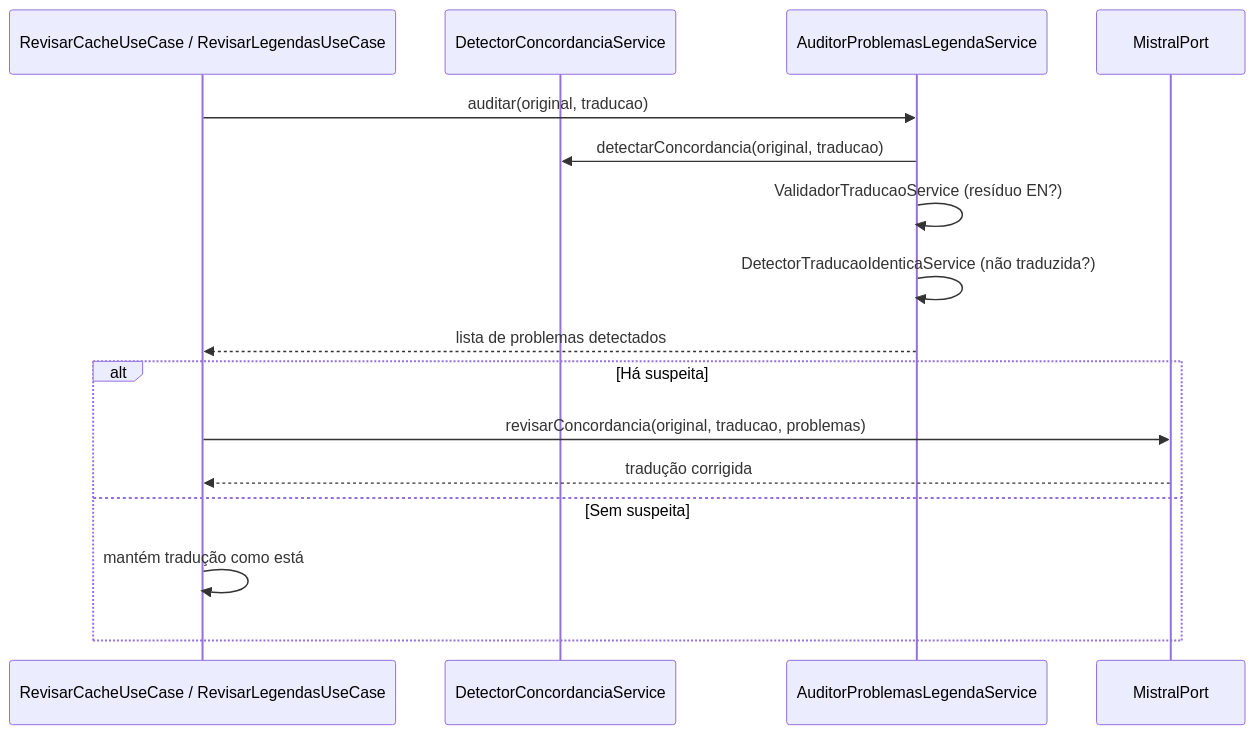
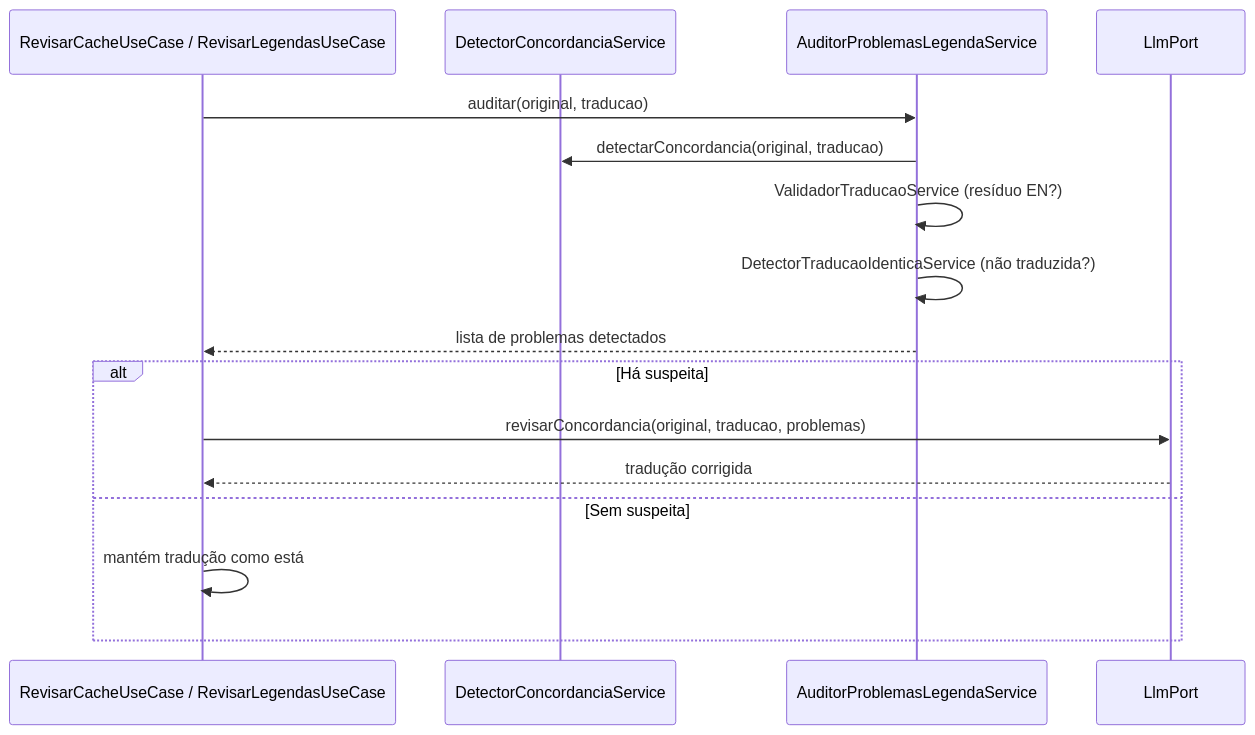
Before and after one commit to carmipa/traducao_animes_llm_local_quarkus-1: the second of 2 diagrams in docs/06-modulo-correcao-revisao.md, drawn with Mermaid. The commit also changed other lines of this file and 5 other files, not shown here.

````diff
--- a/docs/06-modulo-correcao-revisao.md
+++ b/docs/06-modulo-correcao-revisao.md
@@ -62,20 +62,20 @@
 ```mermaid
 sequenceDiagram
     participant UC as RevisarCacheUseCase / RevisarLegendasUseCase
     participant Det as DetectorConcordanciaService
     participant Aud as AuditorProblemasLegendaService
-    participant LLM as MistralPort
+    participant LLM as LlmPort
 
     UC->>Aud: auditar(original, traducao)
     Aud->>Det: detectarConcordancia(original, traducao)
     Aud->>Aud: ValidadorTraducaoService (resíduo EN?)
     Aud->>Aud: DetectorTraducaoIdenticaService (não traduzida?)
     Aud-->>UC: lista de problemas detectados
 
     alt Há suspeita
         UC->>LLM: revisarConcordancia(original, traducao, problemas)
         LLM-->>UC: tradução corrigida
     else Sem suspeita
         UC->>UC: mantém tradução como está
     end
 ```
````
